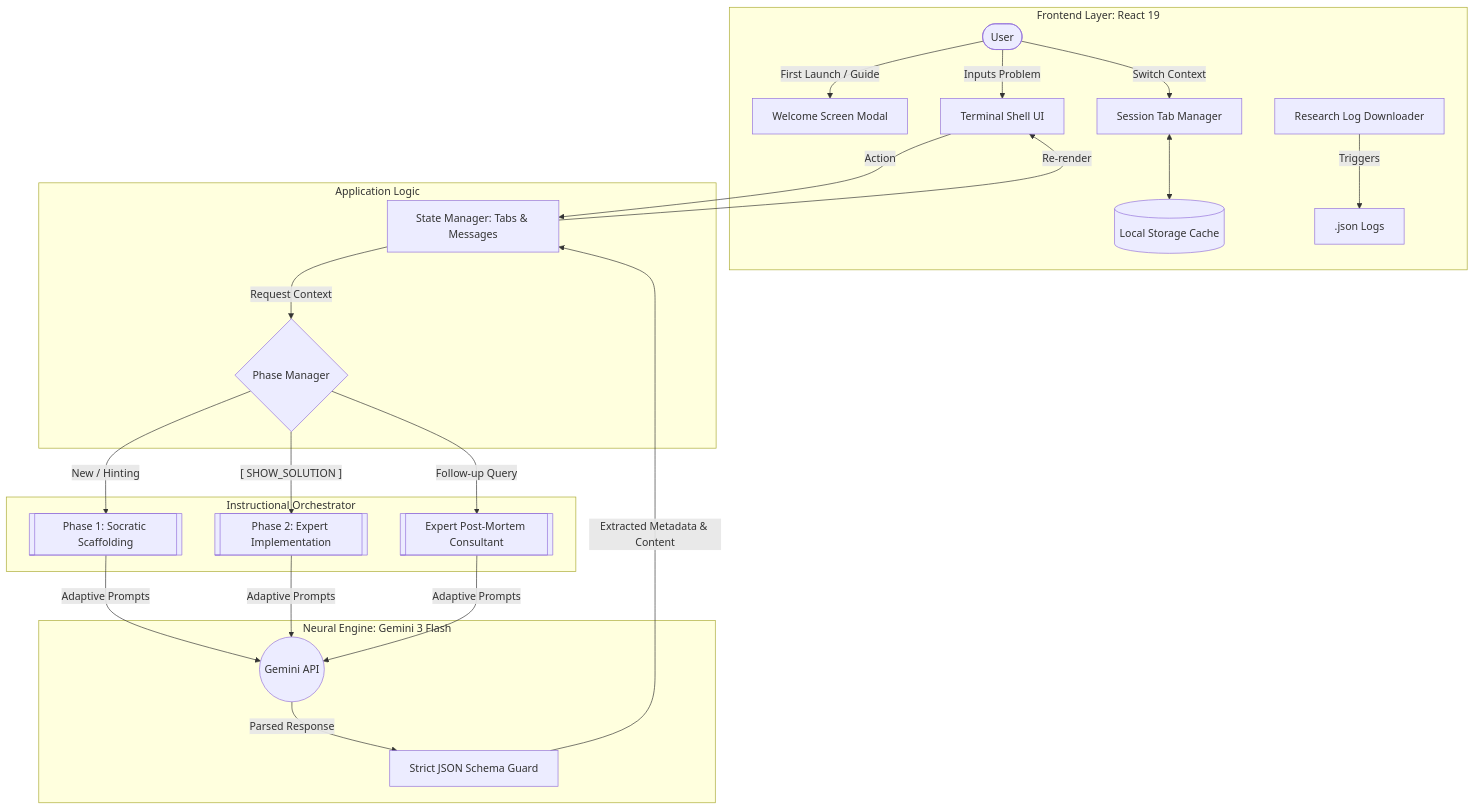
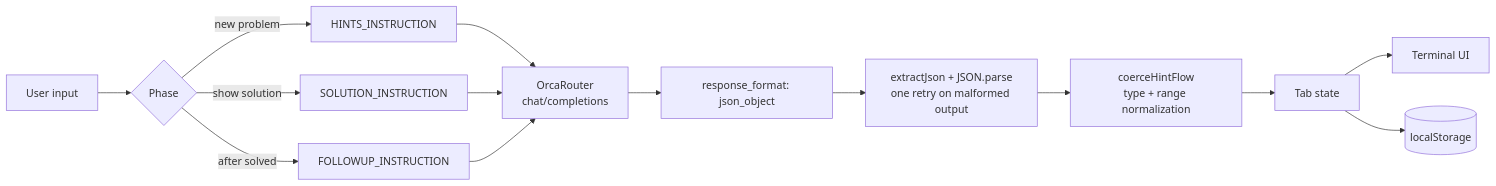
One commit to MTE1991/HintFlow changed the diagram in README.md. Above: the diagram before and after it, drawn with Mermaid. The commit also changed other lines of this file and 9 other files, not shown here.

First line of the commit message:
feat: replace Gemini with OrcaRouter and add theming and text scaling

````diff
--- a/README.md
+++ b/README.md
@@ -69,46 +128,16 @@
 ```mermaid
-graph TD
-    subgraph UI [Frontend Layer: React 19]
-        U([User])
-        Welcome[Welcome Screen Modal]
-        Terminal[Terminal Shell UI]
-        Tabs[Session Tab Manager]
-        Cache[(Local Storage Cache)]
-        LogExport[Research Log Downloader]
-        
-        U -- First Launch / Guide --> Welcome
-        U -- Inputs Problem --> Terminal
-        U -- Switch Context --> Tabs
-        Tabs <--> Cache
-        LogExport -- Triggers --> Export[.json Logs]
-    end
-
-    subgraph APP [Application Logic]
-        SM[State Manager: Tabs & Messages]
-        PM{Phase Manager}
-        
-        Terminal -- Action --> SM
-        SM -- Request Context --> PM
-    end
-
-    subgraph CORE [Instructional Orchestrator]
-        P1[[Phase 1: Socratic Scaffolding]]
-        P2[[Phase 2: Expert Implementation]]
-        P3[[Expert Post-Mortem Consultant]]
-        
-        PM -- "New / Hinting" --> P1
-        PM -- "[ SHOW_SOLUTION ]" --> P2
-        PM -- "Follow-up Query" --> P3
-    end
-
-    subgraph LLM [Neural Engine: Gemini 3 Flash]
-        G((Gemini API))
-        SJ[Strict JSON Schema Guard]
-        
-        P1 & P2 & P3 -- Adaptive Prompts --> G
-        G -- Parsed Response --> SJ
-    end
-
-    SJ -- "Extracted Metadata & Content" --> SM
-    SM -- Re-render --> Terminal
+graph LR
+    U[User input] --> P{Phase}
+    P -- new problem --> H[HINTS_INSTRUCTION]
+    P -- show solution --> S[SOLUTION_INSTRUCTION]
+    P -- after solved --> F[FOLLOWUP_INSTRUCTION]
+    H --> R[OrcaRouter<br/>chat/completions]
+    S --> R
+    F --> R
+    R --> J[response_format: json_object]
+    J --> X[extractJson + JSON.parse<br/>one retry on malformed output]
+    X --> C[coerceHintFlow<br/>type + range normalization]
+    C --> ST[Tab state]
+    ST --> UI[Terminal UI]
+    ST --> LS[(localStorage)]
 ```
````
